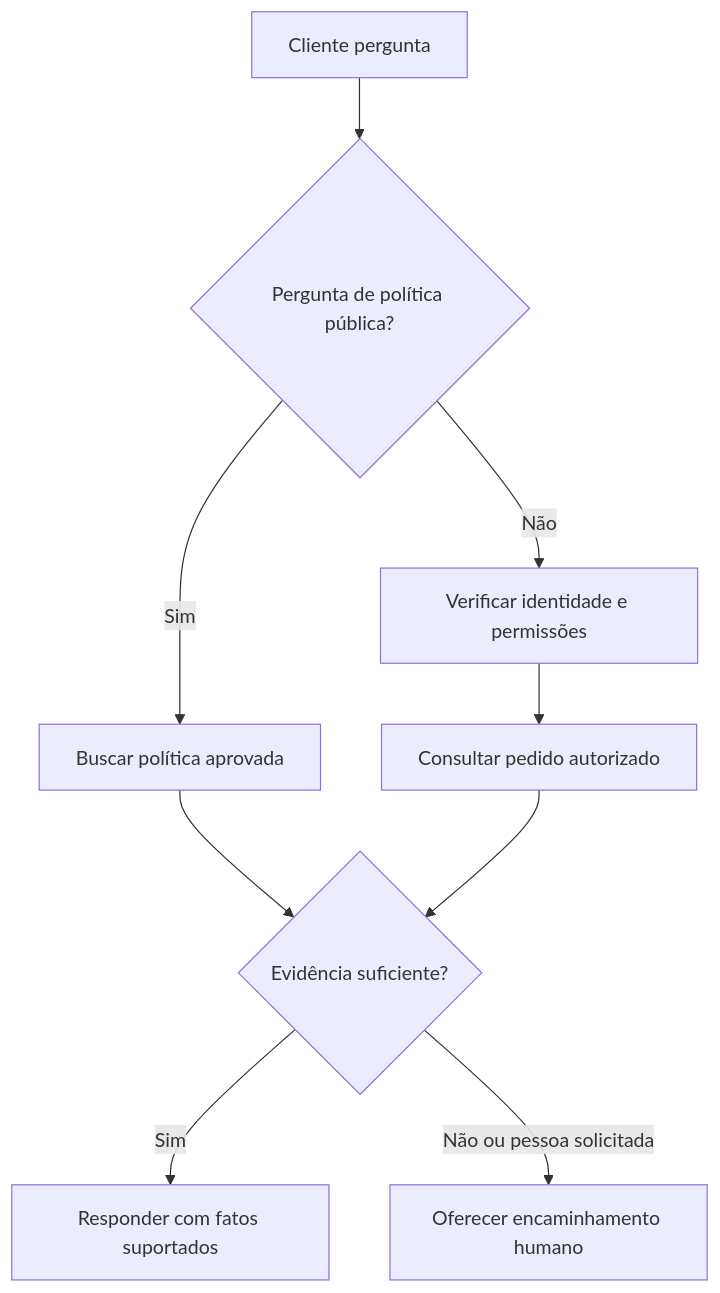
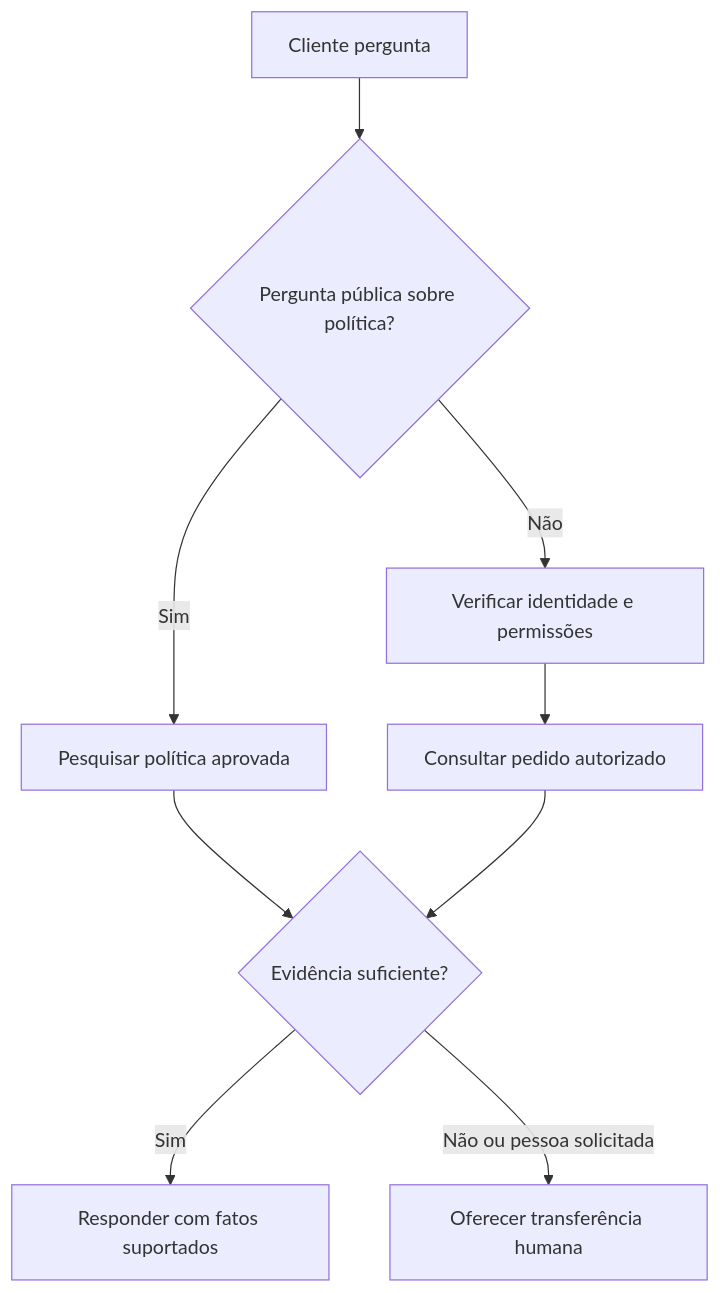
The diagram in content/pt-br/learn/guides/customer-support-agent.md (aivaxlabs/docs), drawn with Mermaid before and after one commit. The commit also changed other lines of this file and 83 other files, not shown here.

````diff
--- a/content/pt-br/learn/guides/customer-support-agent.md
+++ b/content/pt-br/learn/guides/customer-support-agent.md
@@ -80,11 +80,11 @@
 ```mermaid
 flowchart TD
-    A[Cliente pergunta] --> B{Pergunta de política pública?}
-    B -->|Sim| C[Buscar política aprovada]
+    A[Cliente pergunta] --> B{Pergunta pública sobre política?}
+    B -->|Sim| C[Pesquisar política aprovada]
     B -->|Não| D[Verificar identidade e permissões]
     D --> E[Consultar pedido autorizado]
     C --> F{Evidência suficiente?}
     E --> F
     F -->|Sim| G[Responder com fatos suportados]
-    F -->|Não ou pessoa solicitada| H[Oferecer encaminhamento humano]
+    F -->|Não ou pessoa solicitada| H[Oferecer transferência humana]
 ```
````
